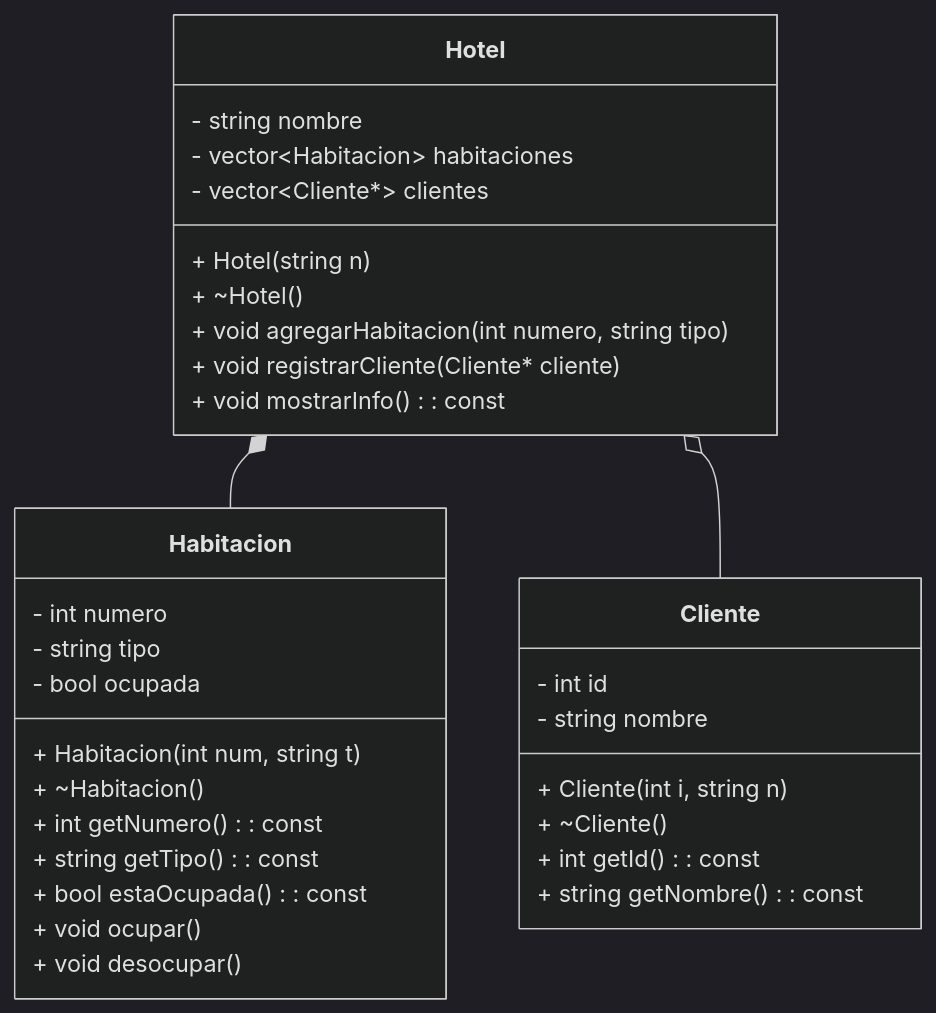
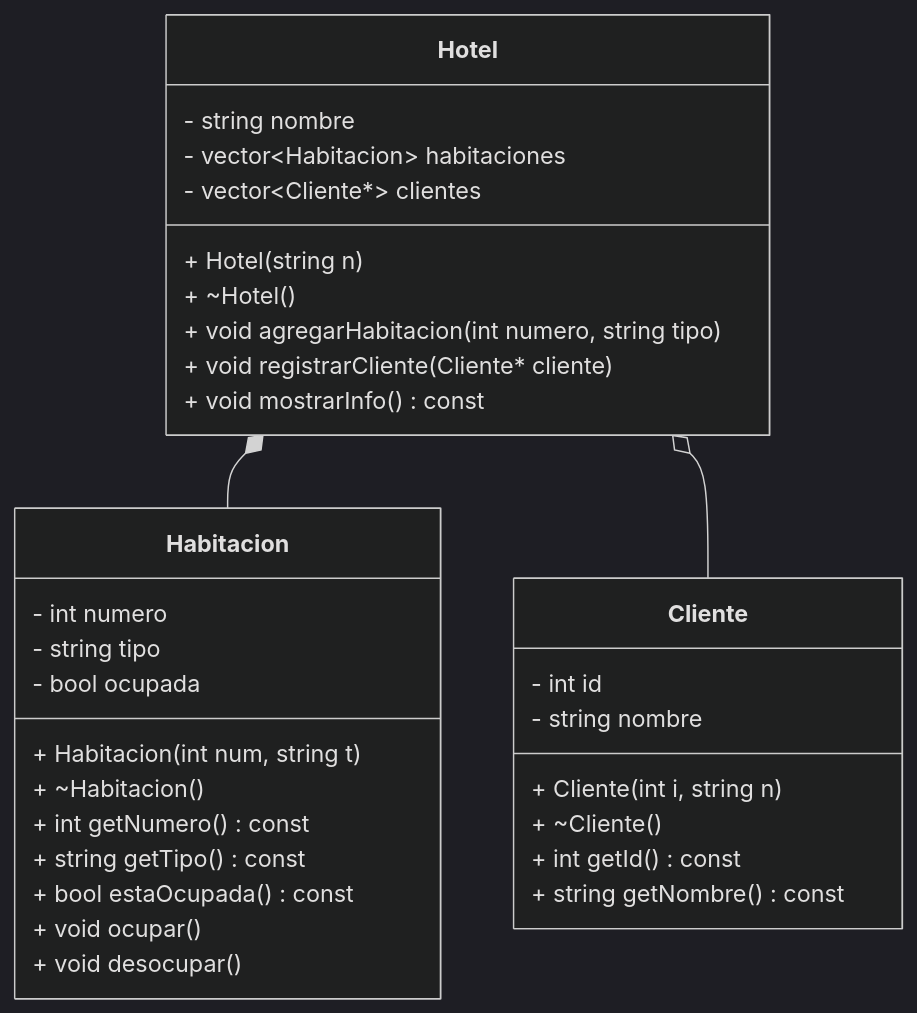
Before and after one commit to Maisa2006/solucion_21_marzo.md: the diagram in solucion.md, drawn with Mermaid (dark theme).

````diff
--- a/solucion.md
+++ b/solucion.md
@@ -1,38 +1,38 @@
 ```mermaid
 classDiagram
     class Habitacion {
         - int numero
         - string tipo
         - bool ocupada
         + Habitacion(int num, string t)
         + ~Habitacion()
-        + int getNumero() : const
-        + string getTipo() : const
-        + bool estaOcupada() : const
+        + int getNumero() const
+        + string getTipo() const
+        + bool estaOcupada() const
         + void ocupar()
         + void desocupar()
     }
 
     class Cliente {
         - int id
         - string nombre
         + Cliente(int i, string n)
         + ~Cliente()
-        + int getId() : const
-        + string getNombre() : const
+        + int getId() const
+        + string getNombre() const
     }
 
     class Hotel {
         - string nombre
         - vector~Habitacion~ habitaciones
         - vector~Cliente*~ clientes
         + Hotel(string n)
         + ~Hotel()
         + void agregarHabitacion(int numero, string tipo)
         + void registrarCliente(Cliente* cliente)
-        + void mostrarInfo() : const
+        + void mostrarInfo() const
     }
 
     Hotel *-- Habitacion
     Hotel o-- Cliente
 ```
````
